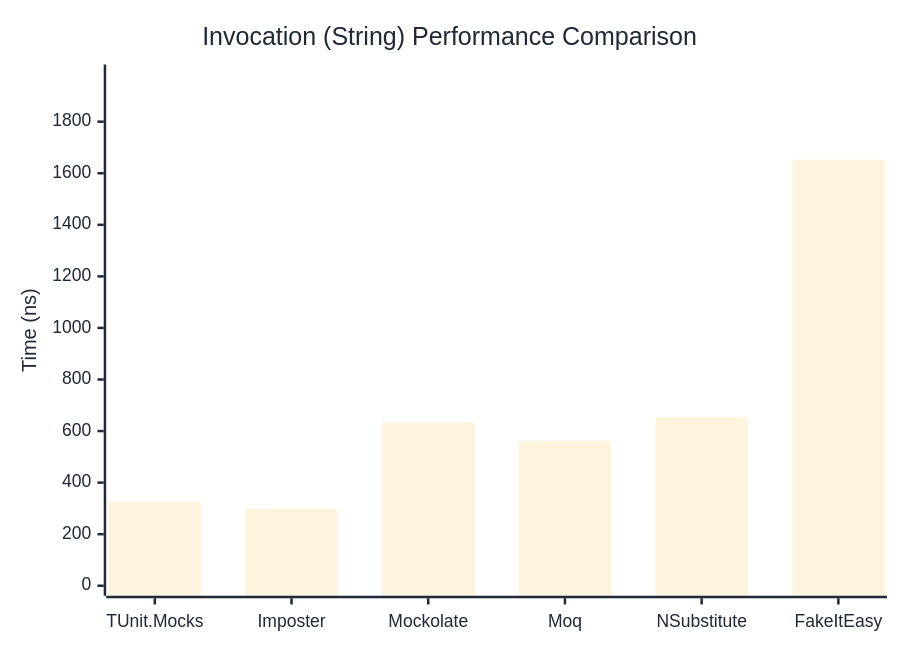
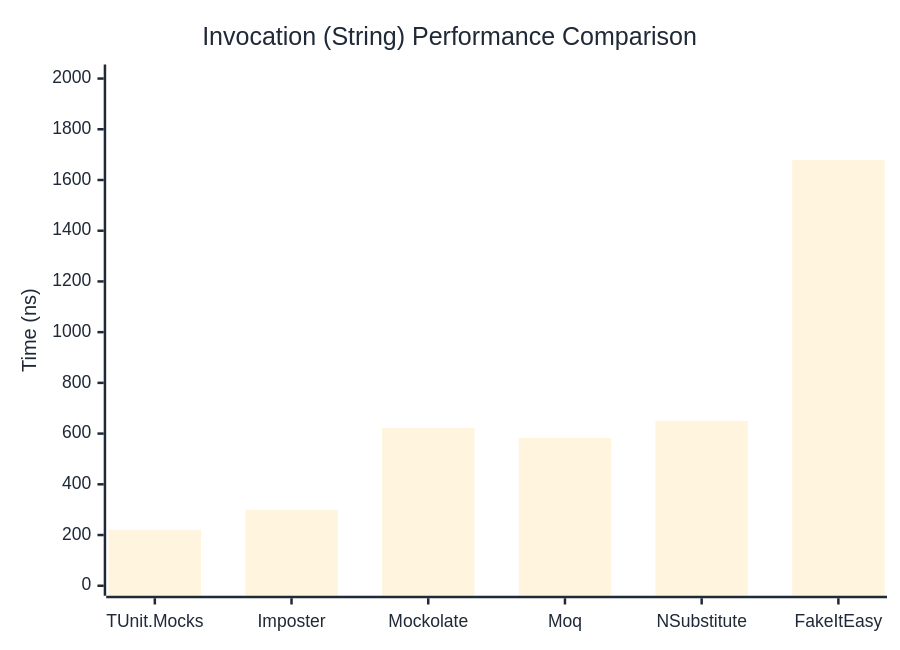
The second of 3 diagrams in docs/docs/benchmarks/mocks/Invocation.md (thomhurst/TUnit), drawn with Mermaid before and after one commit. The commit also changed other lines of this file and 14 other files, not shown here.

````diff
--- a/docs/docs/benchmarks/mocks/Invocation.md
+++ b/docs/docs/benchmarks/mocks/Invocation.md
@@ -69,27 +69,27 @@
 ```mermaid
 %%{init: {
   'theme':'base',
   'themeVariables': {
     'primaryColor': '#2563eb',
     'primaryTextColor': '#1f2937',
     'primaryBorderColor': '#1e40af',
     'lineColor': '#6b7280',
     'secondaryColor': '#7c3aed',
     'tertiaryColor': '#dc2626',
     'background': '#ffffff',
     'pie1': '#2563eb',
     'pie2': '#7c3aed',
     'pie3': '#dc2626',
     'pie4': '#f59e0b',
     'pie5': '#10b981',
     'pie6': '#06b6d4',
     'pie7': '#ec4899',
     'pie8': '#6366f1'
   }
 }}%%
 xychart-beta
   title "Invocation (String) Performance Comparison"
   x-axis ["TUnit.Mocks", "Imposter", "Mockolate", "Moq", "NSubstitute", "FakeItEasy"]
-  y-axis "Time (ns)" 0 --> 1983
-  bar [325.3, 298.6, 633.7, 562.4, 655.1, 1652.2]
+  y-axis "Time (ns)" 0 --> 2016
+  bar [220.8, 299.9, 621.9, 582.4, 650.2, 1679.4]
 ```
````
